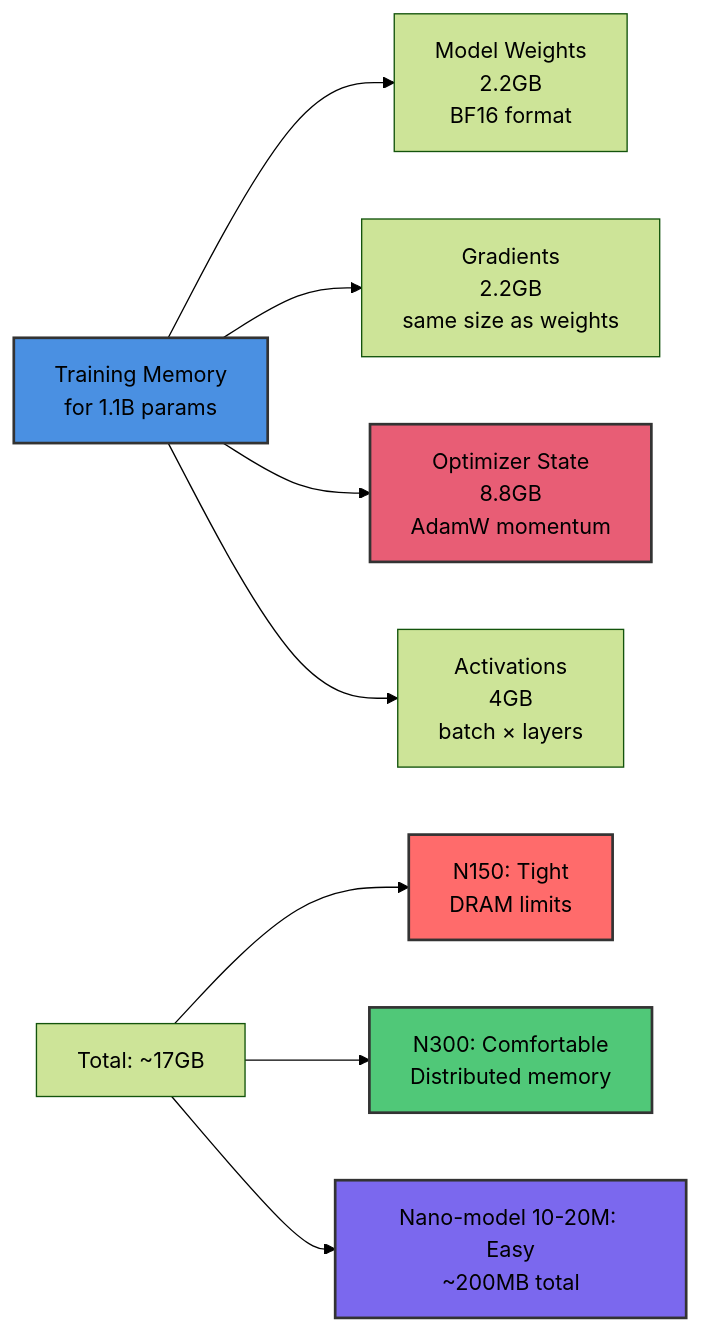
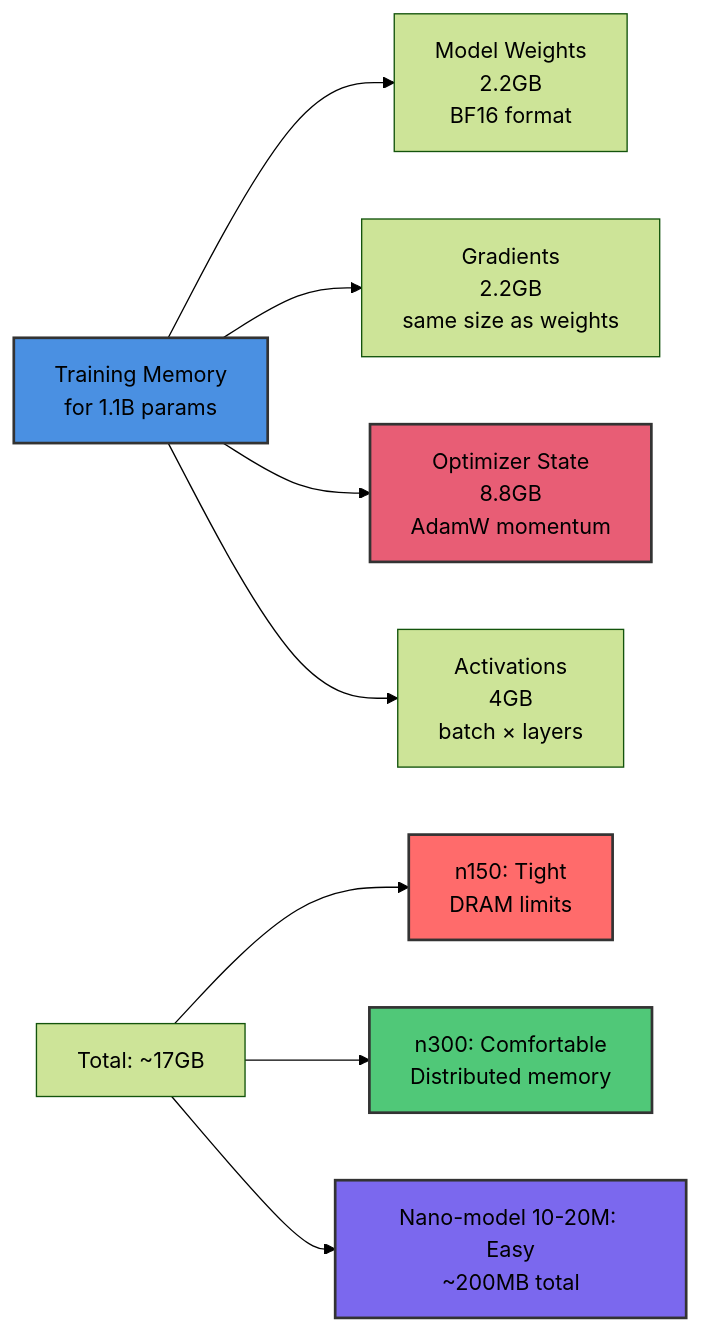
The ninth of 13 diagrams in content/lessons/ct7-architecture-basics.md (tenstorrent/tt-vscode-toolkit), drawn with Mermaid (forest theme) before and after one commit. The commit also changed other lines of this file and 139 other files, not shown here.

````diff
--- a/content/lessons/ct7-architecture-basics.md
+++ b/content/lessons/ct7-architecture-basics.md
@@ -576,17 +576,17 @@
 ```mermaid
 graph LR
     A[Training Memory<br/>for 1.1B params] --> B[Model Weights<br/>2.2GB<br/>BF16 format]
     A --> C[Gradients<br/>2.2GB<br/>same size as weights]
     A --> D[Optimizer State<br/>8.8GB<br/>AdamW momentum]
     A --> E[Activations<br/>4GB<br/>batch × layers]
 
-    F[Total: ~17GB] --> G[N150: Tight<br/>DRAM limits]
-    F --> H[N300: Comfortable<br/>Distributed memory]
+    F[Total: ~17GB] --> G[n150: Tight<br/>DRAM limits]
+    F --> H[n300: Comfortable<br/>Distributed memory]
     F --> I[Nano-model 10-20M: Easy<br/>~200MB total]
 
     style A fill:#4A90E2,stroke:#333,stroke-width:2px
     style D fill:#E85D75,stroke:#333,stroke-width:2px
     style G fill:#FF6B6B,stroke:#333,stroke-width:2px
     style H fill:#50C878,stroke:#333,stroke-width:2px
     style I fill:#7B68EE,stroke:#333,stroke-width:2px
 ```
````
